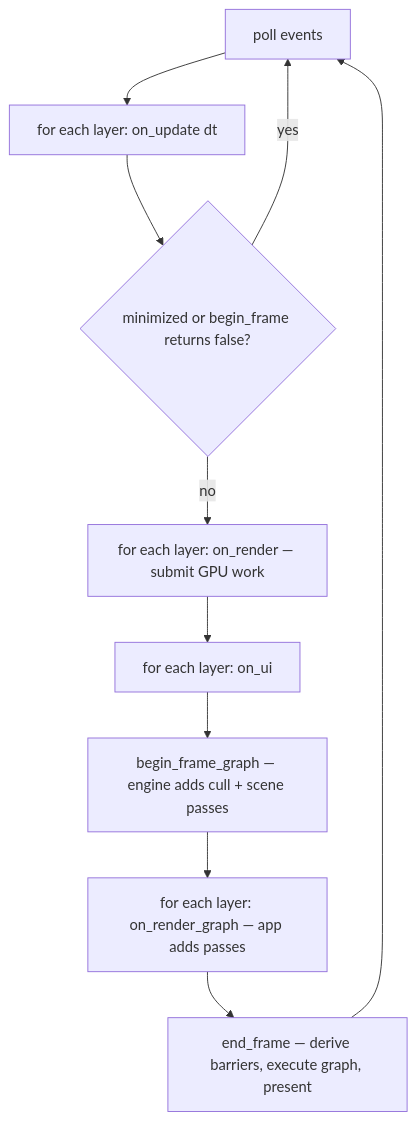
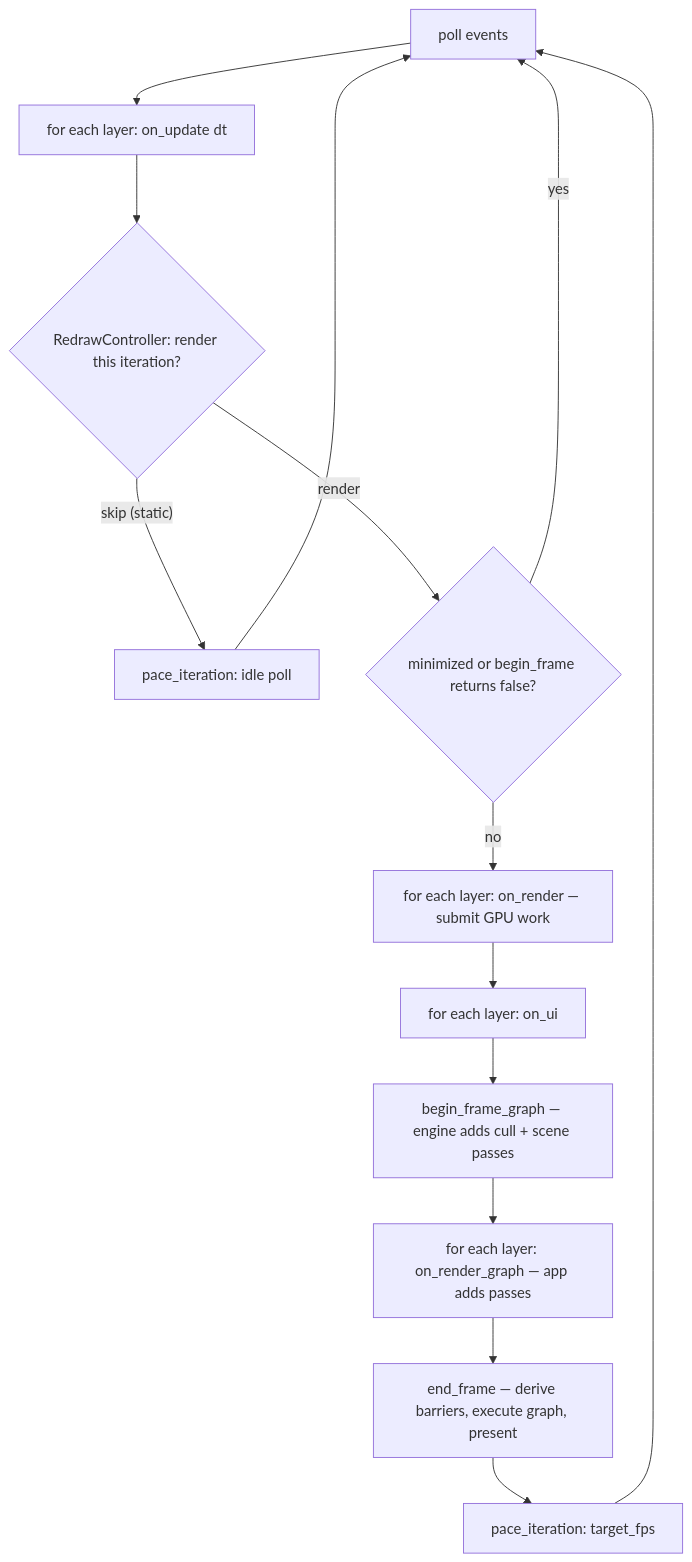
One commit to saffronjam/saffron-anima changed the diagram in docs/content/explanations/app-lifecycle-and-window/main-loop-and-run.md. Above: the diagram before and after it, drawn with Mermaid. The commit also changed other lines of this file, not shown here.

````diff
--- a/docs/content/explanations/app-lifecycle-and-window/main-loop-and-run.md
+++ b/docs/content/explanations/app-lifecycle-and-window/main-loop-and-run.md
@@ -57,12 +57,14 @@
 ```mermaid
 flowchart TD
     P[poll events] --> U[for each layer: on_update dt]
-    U --> M{minimized or begin_frame returns false?}
+    U --> RV{"RedrawController: render this iteration?"}
+    RV -- "skip (static)" --> IP[pace_iteration: idle poll] --> P
+    RV -- render --> M{minimized or begin_frame returns false?}
     M -- yes --> P
     M -- no --> R[for each layer: on_render — submit GPU work]
     R --> UI[for each layer: on_ui]
     UI --> BG[begin_frame_graph — engine adds cull + scene passes]
     BG --> OG[for each layer: on_render_graph — app adds passes]
     OG --> EF[end_frame — derive barriers, execute graph, present]
-    EF --> P
+    EF --> PA[pace_iteration: target_fps] --> P
 ```
````
